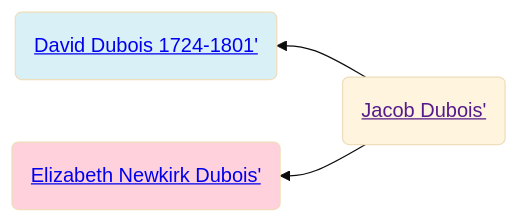
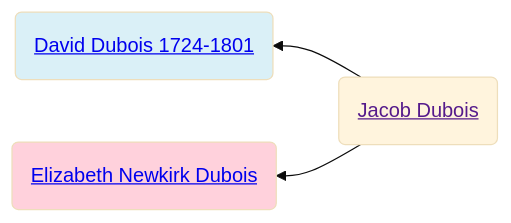
Before and after one commit to neelsmith/avocational: the diagram in familyhistory/sources/people/Henderson-line/Dubois-line/Jacob_Dubois.qmd, drawn with Mermaid (base theme). The commit also changed 96 other files, not shown here.

````diff
--- a/familyhistory/sources/people/Henderson-line/Dubois-line/Jacob_Dubois.qmd
+++ b/familyhistory/sources/people/Henderson-line/Dubois-line/Jacob_Dubois.qmd
@@ -19,12 +19,12 @@
 ```{mermaid}
 graph RL
 %% RL ancestor diagram
-Jacob_Dubois(<a href=''>Jacob Dubois'</>) -->  David_Dubois_1724-1801(<a href='./David_Dubois_1724-1801.html'>David Dubois 1724-1801'</>)
+Jacob_Dubois(<a href=''>Jacob Dubois</a>) -->  David_Dubois_1724-1801(<a href='./David_Dubois_1724-1801.html'>David Dubois 1724-1801</a>)
 class David_Dubois_1724-1801 father
-Jacob_Dubois(<a href=''>Jacob Dubois'</>)  --> Elizabeth_Newkirk_Dubois(<a href='./Elizabeth_Newkirk_Dubois.html'>Elizabeth Newkirk Dubois'</>)
+Jacob_Dubois(<a href=''>Jacob Dubois</a>)  --> Elizabeth_Newkirk_Dubois(<a href='./Elizabeth_Newkirk_Dubois.html'>Elizabeth Newkirk Dubois</a>)
 class Elizabeth_Newkirk_Dubois mother
 classDef mother fill:#ffd1dc
 classDef father fill:#daf0f7  
 classDef marriage fill:#ffffff
 
 ```
````
